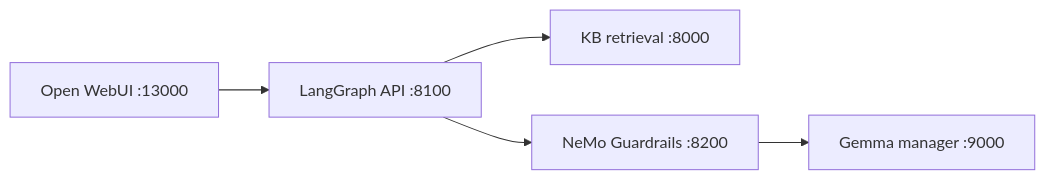
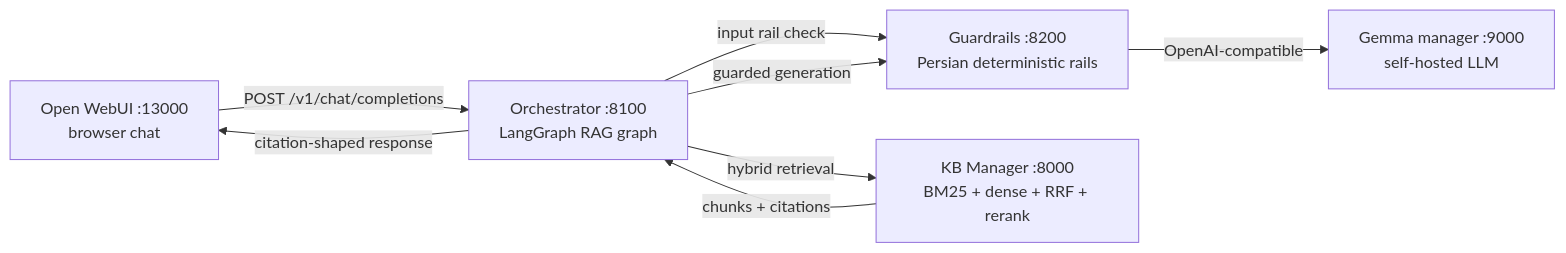
One commit to AliNikkhah2001/Work_Credit-RAG_Phase1 changed the first of 5 diagrams in README.md. Above: the diagram before and after it, drawn with Mermaid. The commit also changed other lines of this file, not shown here.

First line of the commit message:
docs: rewrite parent README with diagrams and module checklist; bump submodule README commits

````diff
--- a/README.md
+++ b/README.md
@@ -20,7 +31,10 @@
 ```mermaid
 flowchart LR
-    UI["Open WebUI :13000"] --> ORCH["LangGraph API :8100"]
-    ORCH --> KB["KB retrieval :8000"]
-    ORCH --> GR["NeMo Guardrails :8200"]
-    GR --> GEMMA["Gemma manager :9000"]
+    UI["Open WebUI :13000<br/>browser chat"] -->|POST /v1/chat/completions| ORCH["Orchestrator :8100<br/>LangGraph RAG graph"]
+    ORCH -->|"input rail check"| GR["Guardrails :8200<br/>Persian deterministic rails"]
+    ORCH -->|"hybrid retrieval"| KB["KB Manager :8000<br/>BM25 + dense + RRF + rerank"]
+    ORCH -->|"guarded generation"| GR
+    GR -->|"OpenAI-compatible"| GEMMA["Gemma manager :9000<br/>self-hosted LLM"]
+    KB -->|"chunks + citations"| ORCH
+    ORCH -->|"citation-shaped response"| UI
 ```
````
